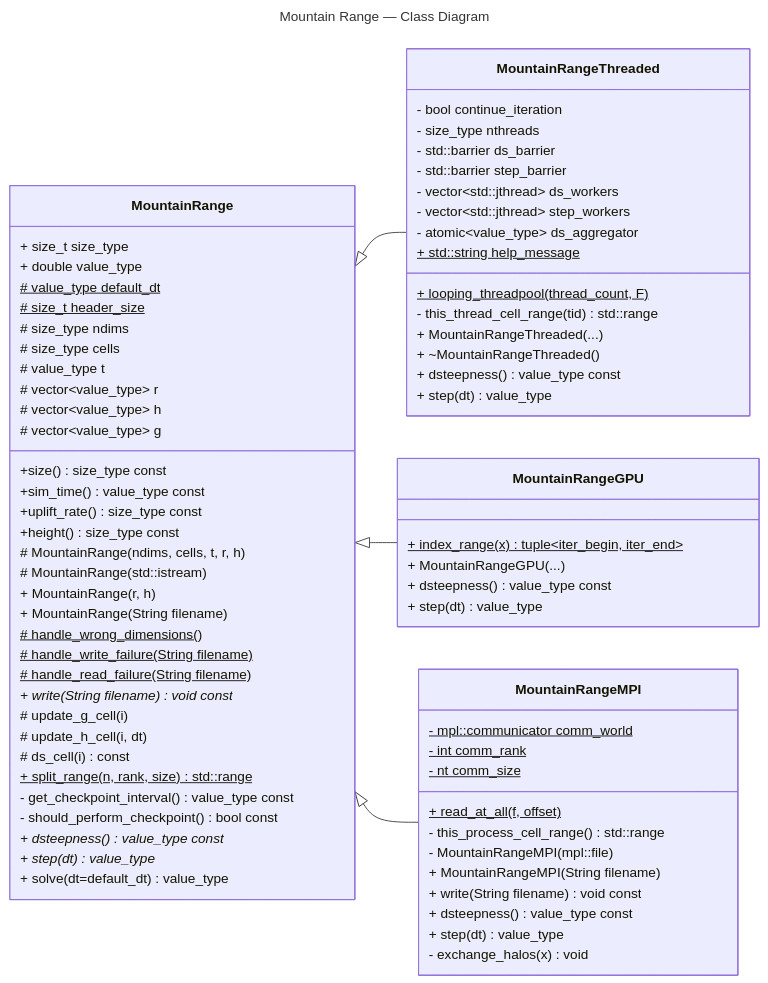
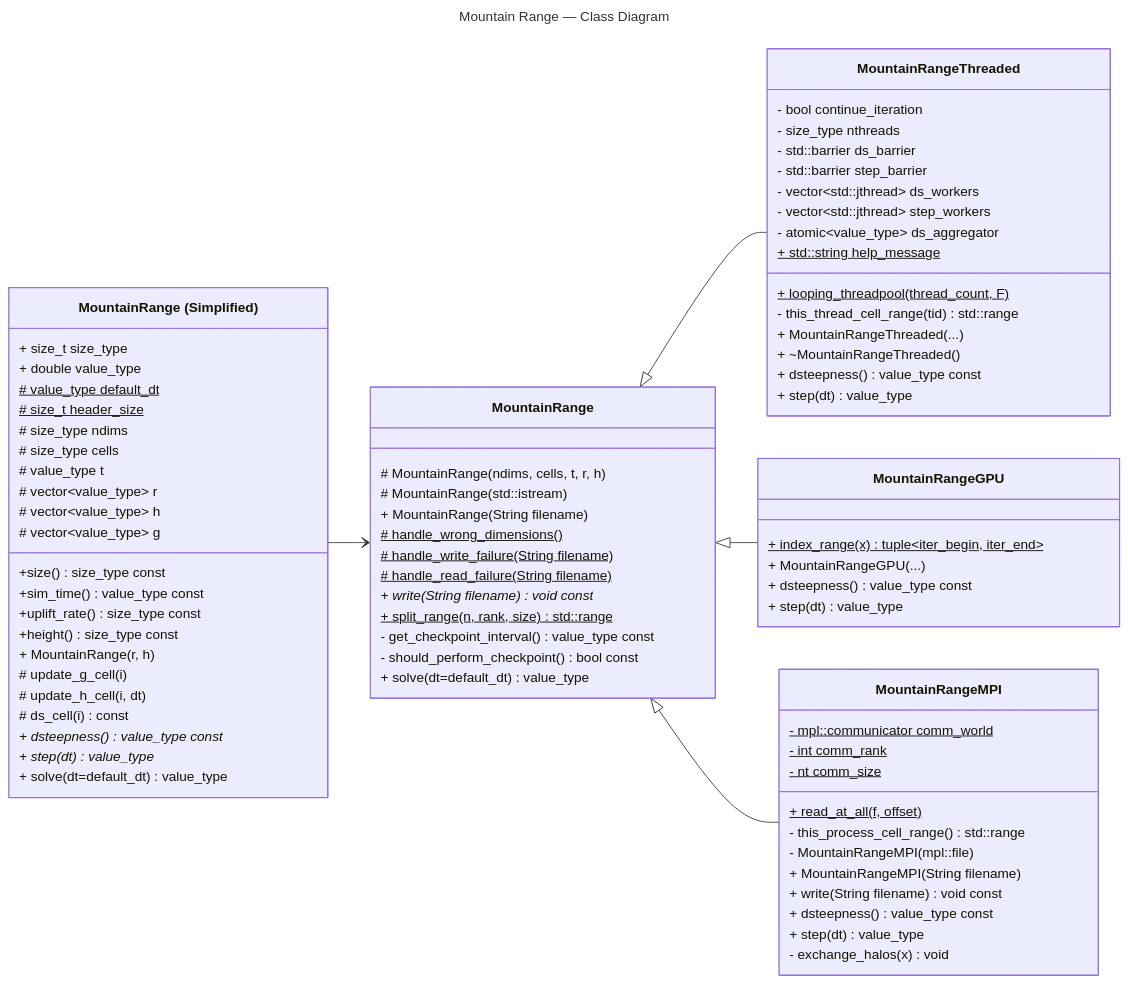
Before and after one commit to BYUHPC/sci-comp-course-example-cxx: the diagram in docs/MountainRange-class-diagram.md, drawn with Mermaid.

Commit message:
Divide MR Simplified from MR

```diff
--- a/docs/MountainRange-class-diagram.md
+++ b/docs/MountainRange-class-diagram.md
@@ -7,7 +7,8 @@
 classDiagram
 direction LR
 
-class MountainRange {
+class MountainRangeSimplified["MountainRange (Simplified)"]
+class MountainRangeSimplified {
     %% Global type variables (readability + mutability)
     + size_t size_type
     + double value_type
@@ -28,10 +29,23 @@
     +uplift_rate() size_type const
     +height() size_type const
 
+    %% Constructor
+    + MountainRange(r, h)
+
+    %% Solving
+    # update_g_cell(i)
+    # update_h_cell(i, dt)
+    # ds_cell(i) const
+
+    + dsteepness() value_type const*
+    + step(dt) value_type*
+    + solve(dt=default_dt) value_type
+}
+
+class MountainRange {
     %% Constructors
     # MountainRange(ndims, cells, t, r, h)
     # MountainRange(std::istream)
-    + MountainRange(r, h)
     + MountainRange(String filename)
 
     %% Error handling
@@ -43,16 +57,11 @@
     + write(String filename) void const*
 
     %% Solving
-    # update_g_cell(i)
-    # update_h_cell(i, dt)
-    # ds_cell(i) const
     + split_range(n, rank, size) std::range$
-
     - get_checkpoint_interval() value_type const
     - should_perform_checkpoint() bool const
 
-    + dsteepness() value_type const*
-    + step(dt) value_type*
+    %% Edit implementation
     + solve(dt=default_dt) value_type
 }
 
@@ -115,6 +124,8 @@
     - exchange_halos(x) void
 }
 
+%% Relationships
+MountainRangeSimplified --> MountainRange
 MountainRange <|-- MountainRangeThreaded
 MountainRange <|-- MountainRangeGPU
 MountainRange <|-- MountainRangeMPI
```
